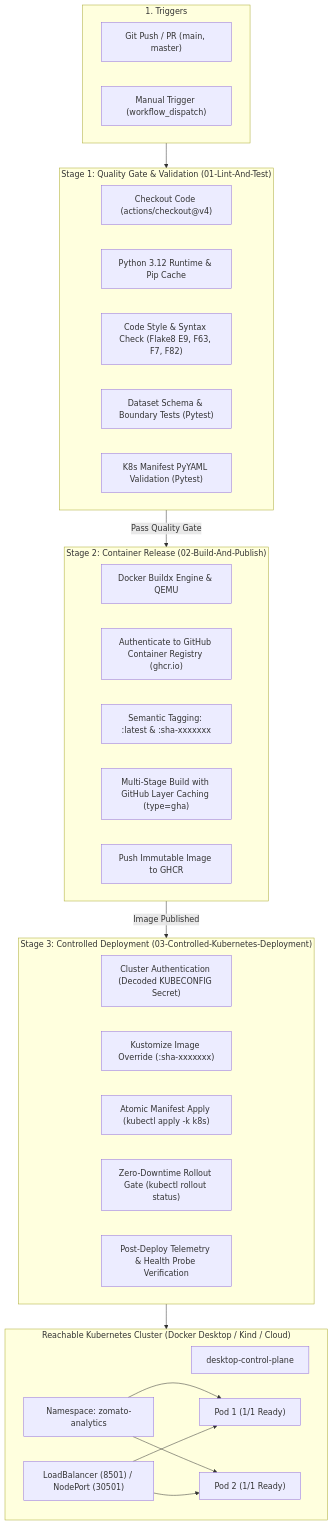
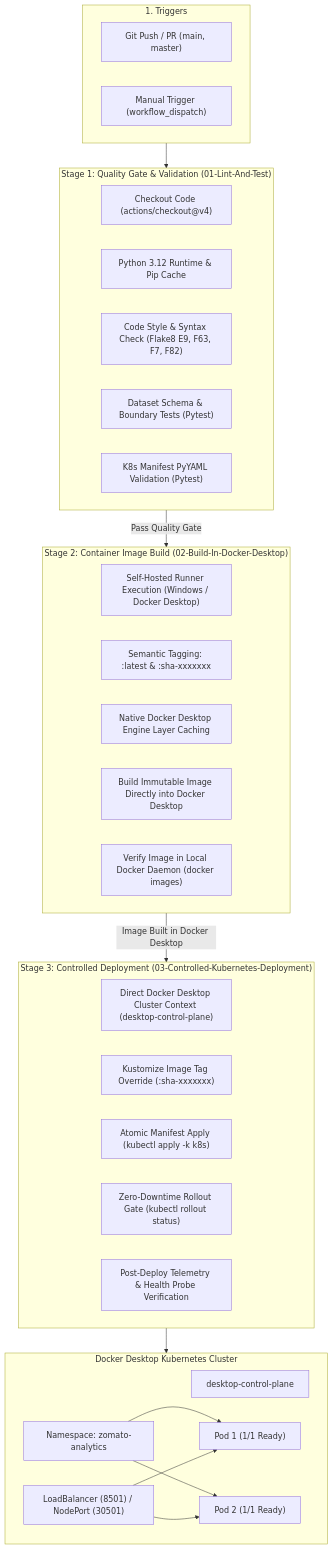
One commit to akarshrajap/dataframe changed the diagram in CICD_PIPELINE.md. Above: the diagram before and after it, drawn with Mermaid. The commit also changed other lines of this file and 3 other files, not shown here.

Commit message:
ci: configure pipeline to build image in Docker Desktop and deploy to local K8s cluster

````diff
--- a/CICD_PIPELINE.md
+++ b/CICD_PIPELINE.md
@@ -11,48 +11,48 @@
 ```mermaid
 flowchart TD
     subgraph Trigger["1. Triggers"]
         P1["Git Push / PR (main, master)"]
         P2["Manual Trigger (workflow_dispatch)"]
     end
 
     subgraph Stage1["Stage 1: Quality Gate & Validation (01-Lint-And-Test)"]
         C1["Checkout Code (actions/checkout@v4)"]
         C2["Python 3.12 Runtime & Pip Cache"]
         C3["Code Style & Syntax Check (Flake8 E9, F63, F7, F82)"]
         C4["Dataset Schema & Boundary Tests (Pytest)"]
         C5["K8s Manifest PyYAML Validation (Pytest)"]
     end
 
-    subgraph Stage2["Stage 2: Container Release (02-Build-And-Publish)"]
-        B1["Docker Buildx Engine & QEMU"]
-        B2["Authenticate to GitHub Container Registry (ghcr.io)"]
-        B3["Semantic Tagging: :latest & :sha-xxxxxxx"]
-        B4["Multi-Stage Build with GitHub Layer Caching (type=gha)"]
-        B5["Push Immutable Image to GHCR"]
+    subgraph Stage2["Stage 2: Container Image Build (02-Build-In-Docker-Desktop)"]
+        B1["Self-Hosted Runner Execution (Windows / Docker Desktop)"]
+        B2["Semantic Tagging: :latest & :sha-xxxxxxx"]
+        B3["Native Docker Desktop Engine Layer Caching"]
+        B4["Build Immutable Image Directly into Docker Desktop"]
+        B5["Verify Image in Local Docker Daemon (docker images)"]
     end
 
     subgraph Stage3["Stage 3: Controlled Deployment (03-Controlled-Kubernetes-Deployment)"]
-        D1["Cluster Authentication (Decoded KUBECONFIG Secret)"]
-        D2["Kustomize Image Override (:sha-xxxxxxx)"]
+        D1["Direct Docker Desktop Cluster Context (desktop-control-plane)"]
+        D2["Kustomize Image Tag Override (:sha-xxxxxxx)"]
         D3["Atomic Manifest Apply (kubectl apply -k k8s)"]
         D4["Zero-Downtime Rollout Gate (kubectl rollout status)"]
         D5["Post-Deploy Telemetry & Health Probe Verification"]
     end
 
-    subgraph Target["Reachable Kubernetes Cluster (Docker Desktop / Kind / Cloud)"]
+    subgraph Target["Docker Desktop Kubernetes Cluster"]
         Node["desktop-control-plane"]
         NS["Namespace: zomato-analytics"]
         Pod1["Pod 1 (1/1 Ready)"]
         Pod2["Pod 2 (1/1 Ready)"]
         SVC["LoadBalancer (8501) / NodePort (30501)"]
     end
 
     Trigger --> Stage1
     Stage1 -->|Pass Quality Gate| Stage2
-    Stage2 -->|Image Published| Stage3
+    Stage2 -->|Image Built in Docker Desktop| Stage3
     Stage3 --> Target
     NS --> Pod1
     NS --> Pod2
     SVC --> Pod1
     SVC --> Pod2
 ```
````
